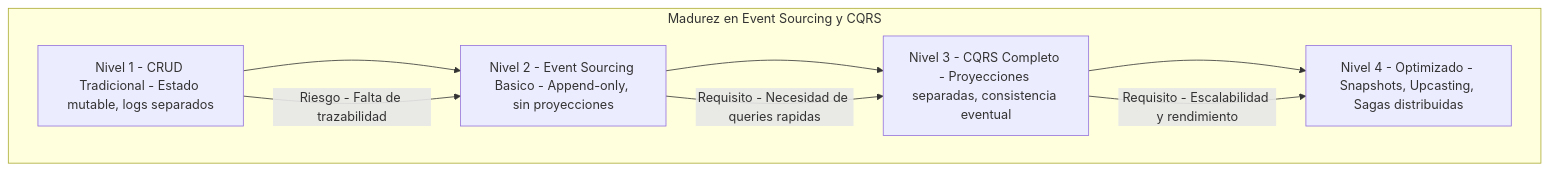
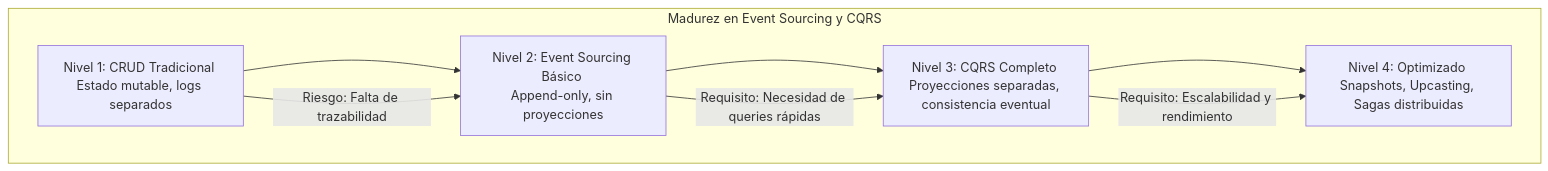
The third of 3 diagrams in 02_Arquitectura/event_sourcing_y_cqrs_con_java_21_y_spring_boot_STAFF.md (Joaquinriosheredia/DAM-Java-Mastery), drawn with Mermaid before and after one commit. The commit also changed other lines of this file, not shown here.

Commit message:
event_sourcing_y_cqrs_con_java_21_y_spring_boot_STAFF.md

````diff
--- a/02_Arquitectura/event_sourcing_y_cqrs_con_java_21_y_spring_boot_STAFF.md
+++ b/02_Arquitectura/event_sourcing_y_cqrs_con_java_21_y_spring_boot_STAFF.md
@@ -782,13 +980,13 @@
 ```mermaid
 graph TD
     subgraph "Madurez en Event Sourcing y CQRS"
-        L1[Nivel 1 - CRUD Tradicional - Estado mutable, logs separados] --> L2
-        L2[Nivel 2 - Event Sourcing Basico - Append-only, sin proyecciones] --> L3
-        L3[Nivel 3 - CQRS Completo - Proyecciones separadas, consistencia eventual] --> L4
-        L4[Nivel 4 - Optimizado - Snapshots, Upcasting, Sagas distribuidas]
+        L1[Nivel 1: CRUD Tradicional <br/>Estado mutable, logs separados] --> L2
+        L2[Nivel 2: Event Sourcing Básico <br/>Append-only, sin proyecciones] --> L3
+        L3[Nivel 3: CQRS Completo <br/>Proyecciones separadas, consistencia eventual] --> L4
+        L4[Nivel 4: Optimizado <br/>Snapshots, Upcasting, Sagas distribuidas]
     end
     
-    L1 -->|Riesgo - Falta de trazabilidad| L2
-    L2 -->|Requisito - Necesidad de queries rapidas| L3
-    L3 -->|Requisito - Escalabilidad y rendimiento| L4
+    L1 -->|Riesgo: Falta de trazabilidad| L2
+    L2 -->|Requisito: Necesidad de queries rápidas| L3
+    L3 -->|Requisito: Escalabilidad y rendimiento| L4
 ```
````
